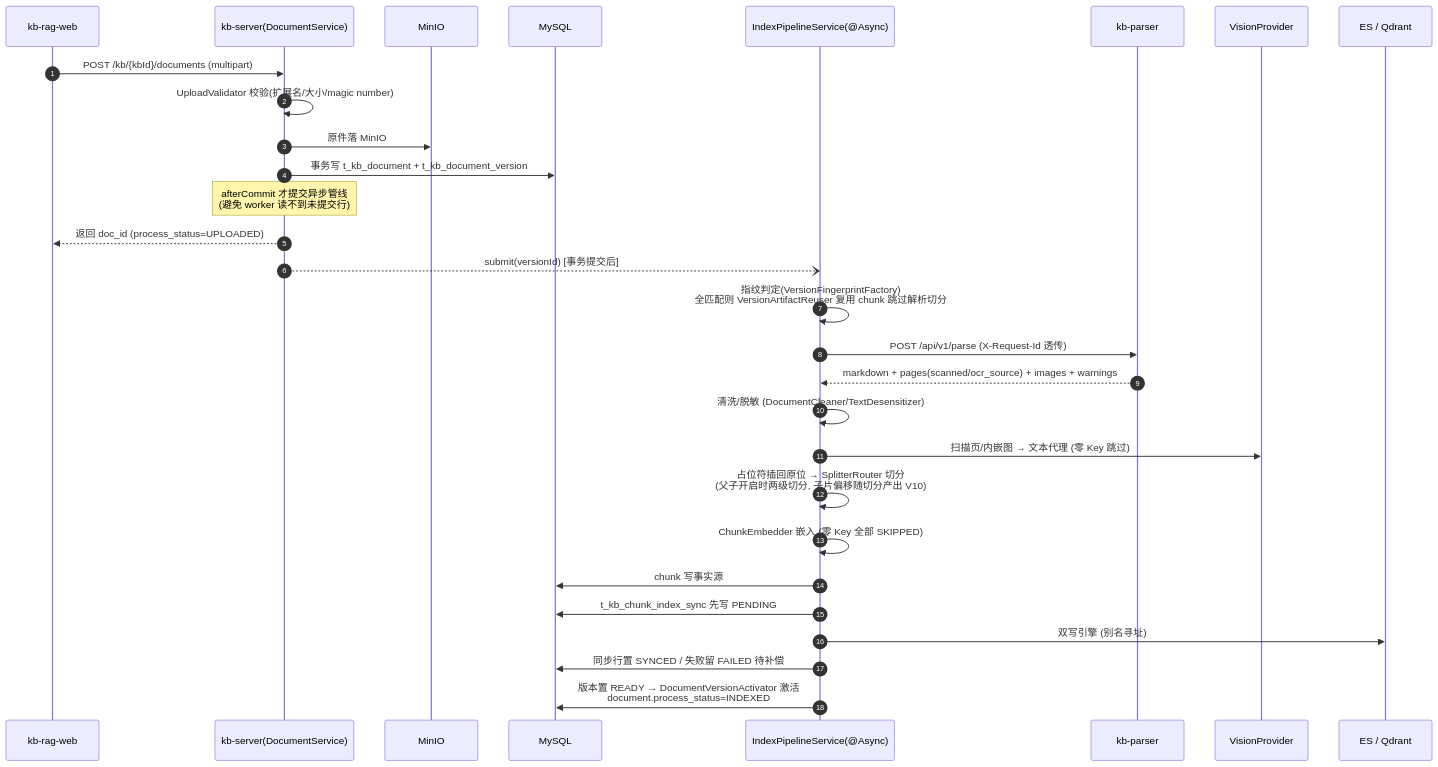
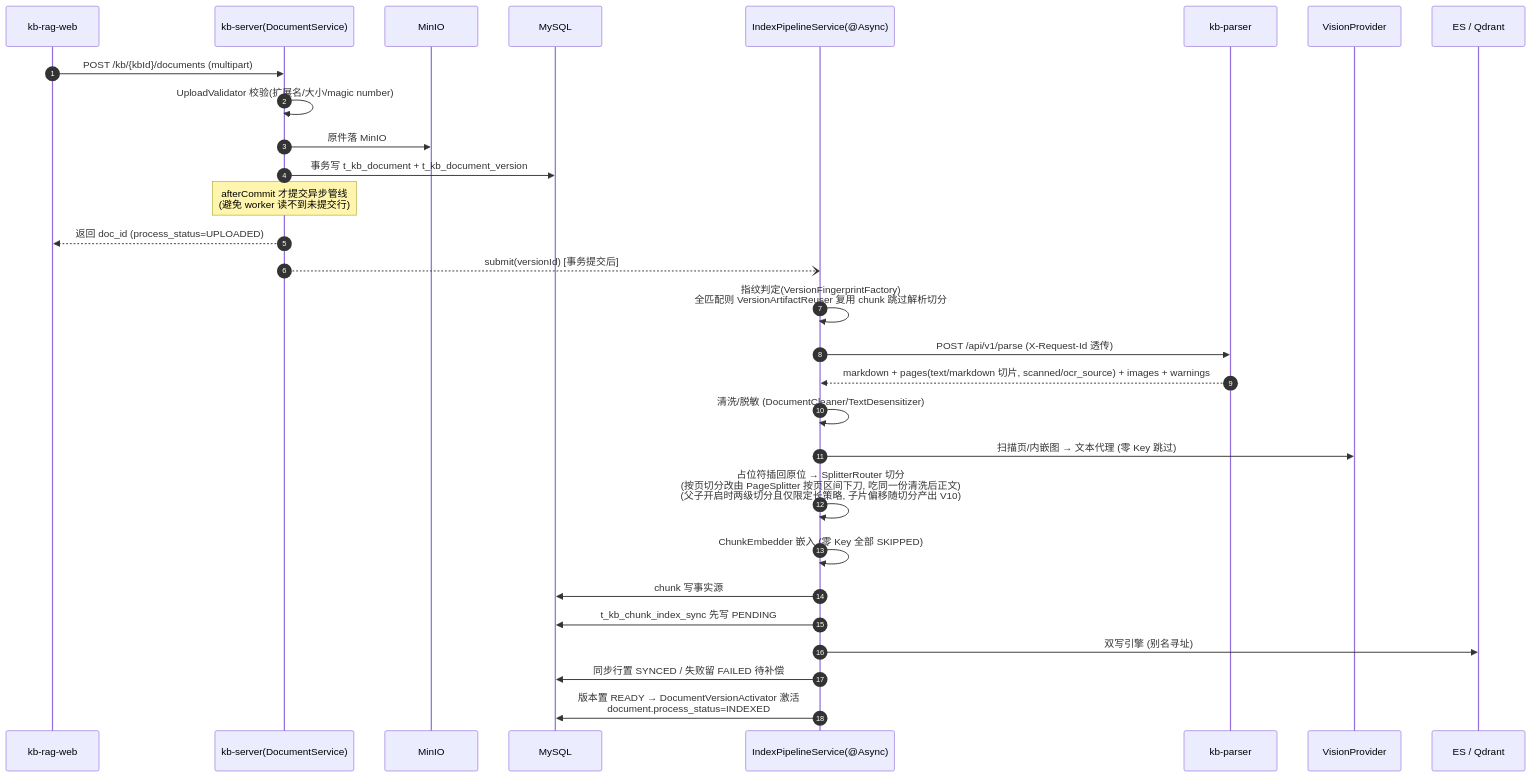
Before and after one commit to liulangjietou/kb-rag: the first of 18 diagrams in kb-rag-deploy/docs/FLOWS.md, drawn with Mermaid. The commit also changed other lines of this file and 10 other files, not shown here.

````diff
--- a/kb-rag-deploy/docs/FLOWS.md
+++ b/kb-rag-deploy/docs/FLOWS.md
@@ -15,32 +15,32 @@
 ```mermaid
 sequenceDiagram
     autonumber
     participant W as kb-rag-web
     participant S as kb-server(DocumentService)
     participant M as MinIO
     participant DB as MySQL
     participant P as IndexPipelineService(@Async)
     participant PA as kb-parser
     participant V as VisionProvider
     participant E as ES / Qdrant
 
     W->>S: POST /kb/{kbId}/documents (multipart)
     S->>S: UploadValidator 校验(扩展名/大小/magic number)
     S->>M: 原件落 MinIO
     S->>DB: 事务写 t_kb_document + t_kb_document_version
     Note over S: afterCommit 才提交异步管线<br/>(避免 worker 读不到未提交行)
     S-->>W: 返回 doc_id (process_status=UPLOADED)
     S--)P: submit(versionId) [事务提交后]
     P->>P: 指纹判定(VersionFingerprintFactory)<br/>全匹配则 VersionArtifactReuser 复用 chunk 跳过解析切分
     P->>PA: POST /api/v1/parse (X-Request-Id 透传)
-    PA-->>P: markdown + pages(scanned/ocr_source) + images + warnings
+    PA-->>P: markdown + pages(text/markdown 切片, scanned/ocr_source) + images + warnings
     P->>P: 清洗/脱敏 (DocumentCleaner/TextDesensitizer)
     P->>V: 扫描页/内嵌图 → 文本代理 (零 Key 跳过)
-    P->>P: 占位符插回原位 → SplitterRouter 切分<br/>(父子开启时两级切分, 子片偏移随切分产出 V10)
+    P->>P: 占位符插回原位 → SplitterRouter 切分<br/>(按页切分改由 PageSplitter 按页区间下刀, 吃同一份清洗后正文)<br/>(父子开启时两级切分且仅限定长策略, 子片偏移随切分产出 V10)
     P->>P: ChunkEmbedder 嵌入 (零 Key 全部 SKIPPED)
     P->>DB: chunk 写事实源
     P->>DB: t_kb_chunk_index_sync 先写 PENDING
     P->>E: 双写引擎 (别名寻址)
     P->>DB: 同步行置 SYNCED / 失败留 FAILED 待补偿
     P->>DB: 版本置 READY → DocumentVersionActivator 激活<br/>document.process_status=INDEXED
 ```
````
